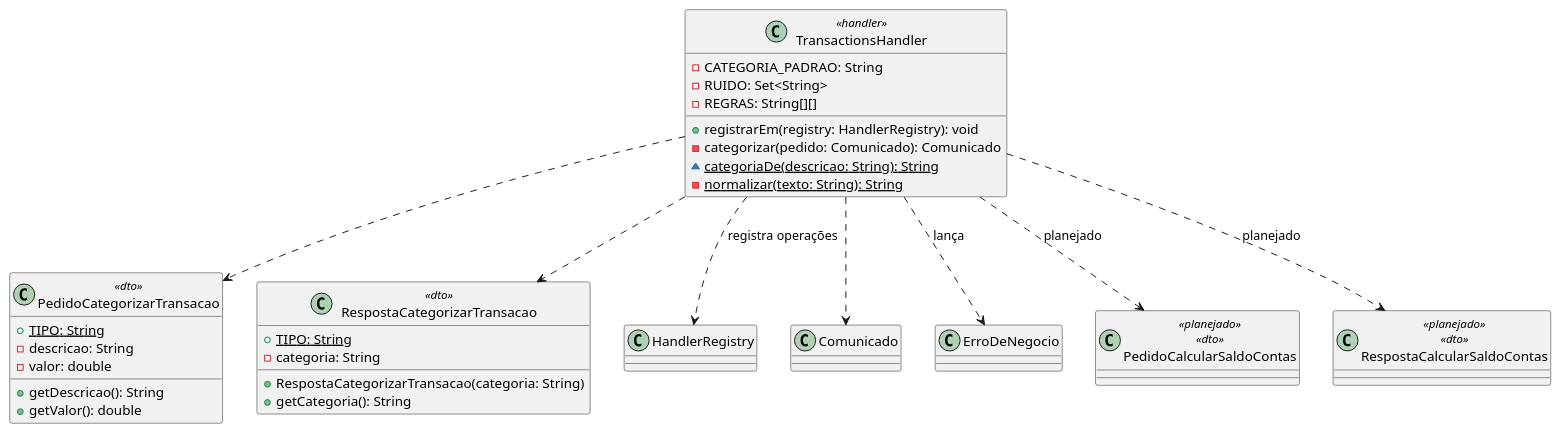
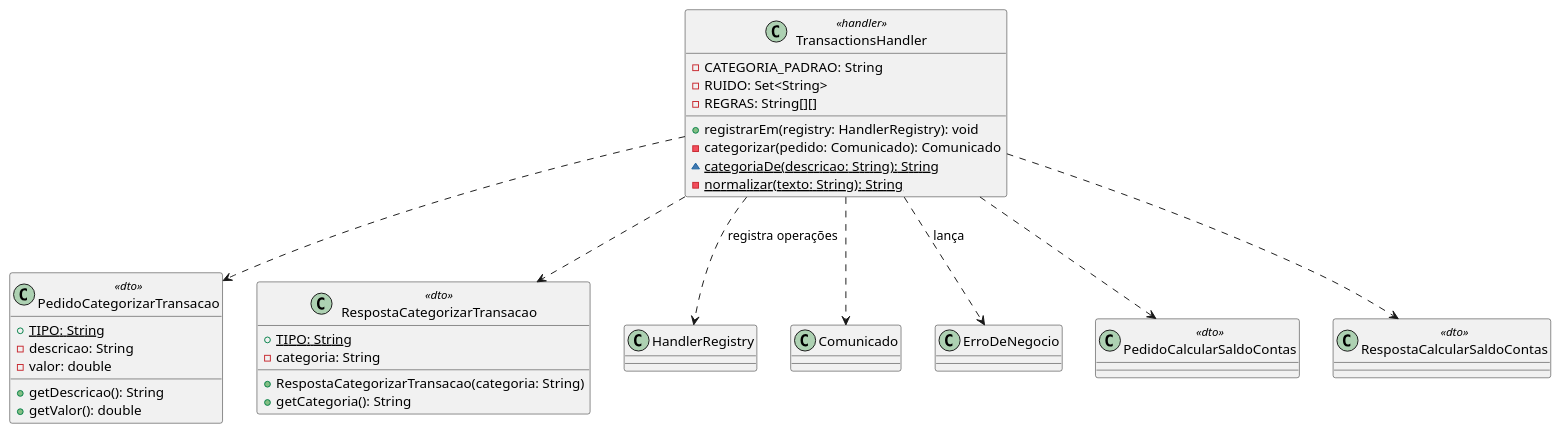
The second of 12 diagrams in docs/uml/classes/srv-transactions.md (MiguelFMont/ES-PI4-2026-T1-G18), drawn with PlantUML before and after one commit. The commit also changed other lines of this file and 27 other files, not shown here.

Commit message:
docs: UML só do Servidor (remove diagramas de classes do Backend e do Frontend e as marcas de planejado)

````diff
--- a/docs/uml/classes/srv-transactions.md
+++ b/docs/uml/classes/srv-transactions.md
@@ -54,38 +52,38 @@
 ```plantuml
 @startuml
 class PedidoCategorizarTransacao <<dto>> {
   +{static} TIPO: String
   -descricao: String
   -valor: double
   +getDescricao(): String
   +getValor(): double
 }
 class RespostaCategorizarTransacao <<dto>> {
   +{static} TIPO: String
   -categoria: String
   +RespostaCategorizarTransacao(categoria: String)
   +getCategoria(): String
 }
 class TransactionsHandler <<handler>> {
   -CATEGORIA_PADRAO: String
   -RUIDO: Set<String>
   -REGRAS: String[][]
   +registrarEm(registry: HandlerRegistry): void
   -categorizar(pedido: Comunicado): Comunicado
   ~{static} categoriaDe(descricao: String): String
   -{static} normalizar(texto: String): String
 }
 class HandlerRegistry
 class Comunicado
 class ErroDeNegocio
-class PedidoCalcularSaldoContas <<planejado>> <<dto>>
-class RespostaCalcularSaldoContas <<planejado>> <<dto>>
+class PedidoCalcularSaldoContas <<dto>>
+class RespostaCalcularSaldoContas <<dto>>
 TransactionsHandler ..> HandlerRegistry : registra operações
 TransactionsHandler ..> Comunicado
 TransactionsHandler ..> ErroDeNegocio : lança
 TransactionsHandler ..> PedidoCategorizarTransacao
 TransactionsHandler ..> RespostaCategorizarTransacao
-TransactionsHandler ..> PedidoCalcularSaldoContas : planejado
-TransactionsHandler ..> RespostaCalcularSaldoContas : planejado
+TransactionsHandler ..> PedidoCalcularSaldoContas
+TransactionsHandler ..> RespostaCalcularSaldoContas
 @enduml
 ```
````
